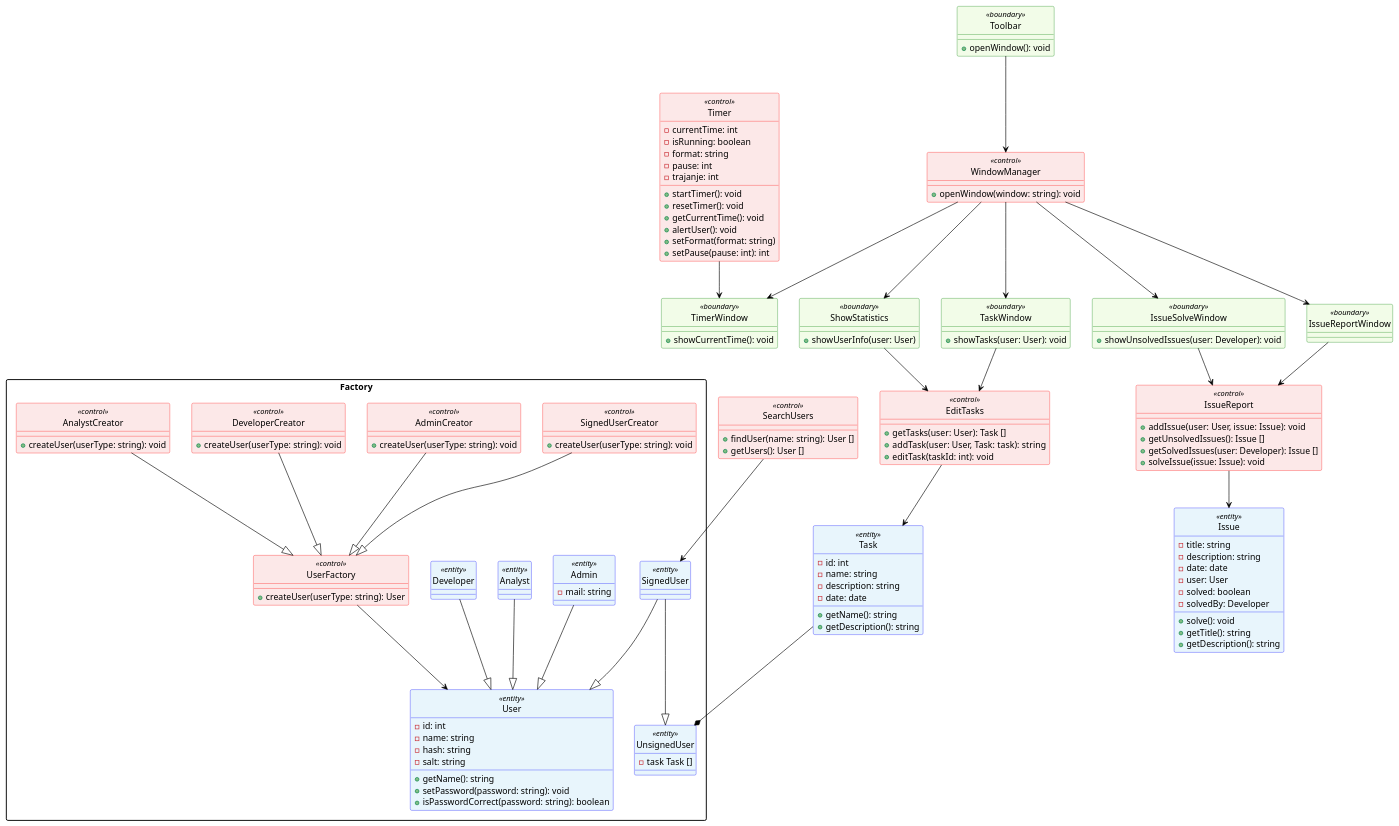
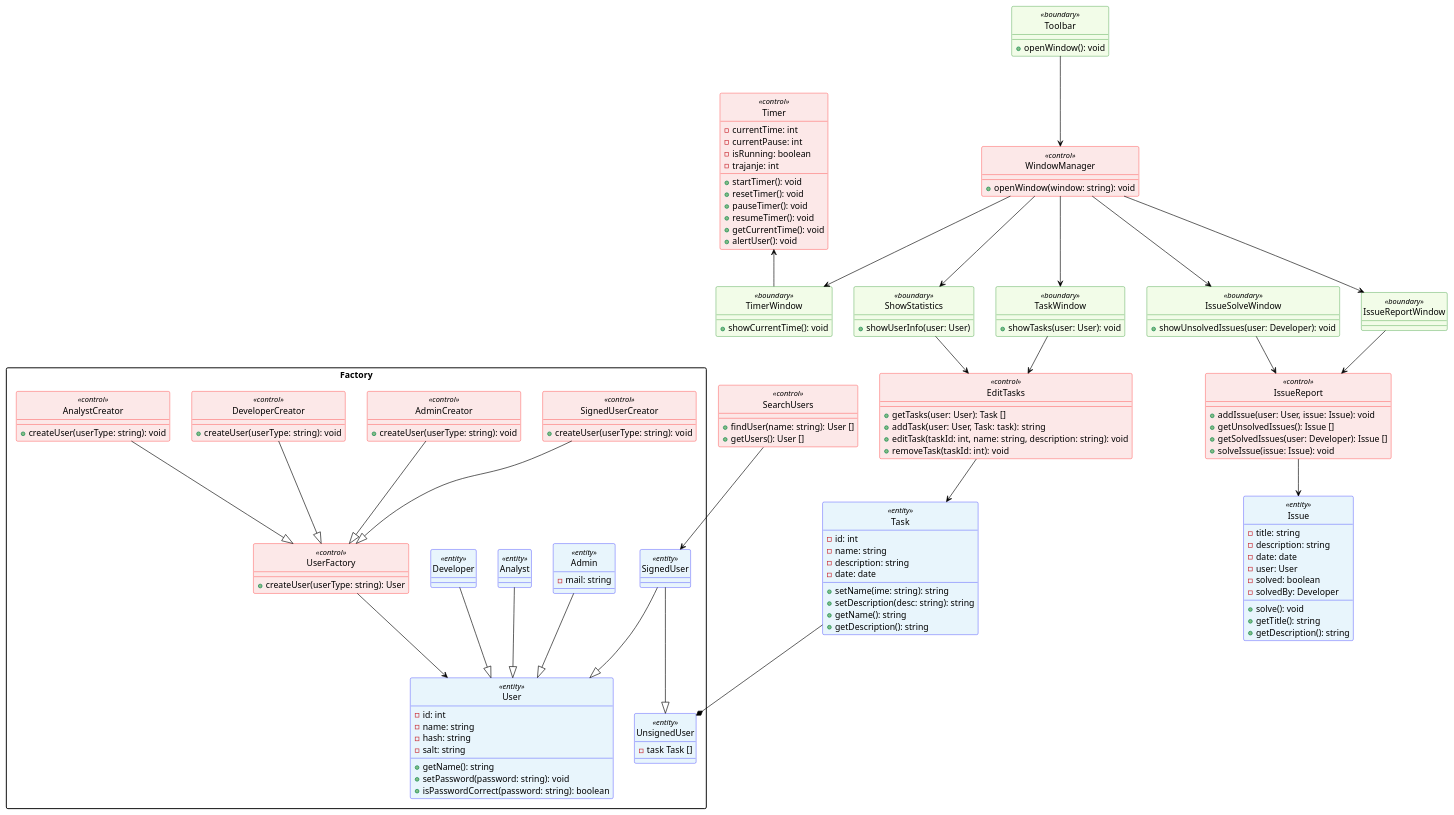
Before and after one commit to juremrzek/ProductivityApp: the diagram in docs/gradivo/plantuml/razredni_diagram.plantuml, drawn with PlantUML. The commit also changed other lines of this file, not shown here.

Commit message:
Changed Timer and Task

```diff
--- a/docs/gradivo/plantuml/razredni_diagram.plantuml
+++ b/docs/gradivo/plantuml/razredni_diagram.plantuml
@@ -1,167 +1,178 @@
 @startuml Aplikacija produktivnosti in organizacije 
 skinparam class {
   backgroundColor white
   borderColor #5FB8EC
   arrowColor black
 }
 skinparam class<<entity>> {
   backgroundColor #e8f5fc
   borderColor Blue
 }
 skinparam class<<control>> {
   backgroundColor #fce8e8
   borderColor Red
 }
 skinparam class<<boundary>> {
   backgroundColor #f2fce8
   borderColor Green
 }
 
 'skinparam shadowing false
 skinparam defaultTextAlignment center
 skinparam packageStyle rectangle
 skinparam groupInheritance 2
 hide circle
 'hide members
 
 '---------Razredi---------------------------
 package Factory{
   Class User<<entity>> {
     -id: int
     -name: string
     -hash: string
     -salt: string 
     +getName(): string
     +setPassword(password: string): void
     +isPasswordCorrect(password: string): boolean
   }
   Class UserFactory<<control>>{
     +createUser(userType: string): User
   }
   Class SignedUser<<entity>>{
 
   }
   Class Admin<<entity>>{
     -mail: string
   }
   Class Analyst<<entity>>{
 
   }
   Class Developer<<entity>>{
 
   }
   Class UnsignedUser<<entity>> {
     -task Task []
   }
   Class SignedUserCreator<<control>>{
     +createUser(userType: string): void
   }
   Class AdminCreator<<control>>{
     +createUser(userType: string): void
   }
   Class DeveloperCreator<<control>>{
     +createUser(userType: string): void
   }
   Class AnalystCreator<<control>>{
     +createUser(userType: string): void
   }
 }
 
 Class ShowStatistics<<boundary>>{
   +showUserInfo(user: User)
 }
+  'proxy class? observer?
+  '(timer alerta timedtask)
+  'Class TimedTask<<entity>>{
+  '  -id: int
+  '  -name: string
+  '  +getName(): void
+  '}
 Class Task<<entity>>{
   -id: int
   -name: string
   -description: string
   -date: date
+  +setName(ime: string): string
+  +setDescription(desc: string): string
   +getName(): string
   +getDescription(): string
+
 }
 class EditTasks<<control>>{
   +getTasks(user: User): Task []
   +addTask(user: User, Task: task): string
-  +editTask(taskId: int): void
+  +editTask(taskId: int, name: string, description: string): void
+  +removeTask(taskId: int): void
 }
 class TaskWindow<<boundary>>{
   +showTasks(user: User): void
 }
 class WindowManager<<control>>{
   +openWindow(window: string): void
 }
 class Toolbar<<boundary>>{
   +openWindow(): void
 }
 Class Issue<<entity>>{
   -title: string
   -description: string
   -date: date
   -user: User
   -solved: boolean
   -solvedBy: Developer
   +solve(): void
   +getTitle(): string
   +getDescription(): string
 }
 Class IssueReport<<control>>{
   +addIssue(user: User, issue: Issue): void
   +getUnsolvedIssues(): Issue []
   +getSolvedIssues(user: Developer): Issue []
   +solveIssue(issue: Issue): void
 }
 Class IssueSolveWindow<<boundary>>{
   +showUnsolvedIssues(user: Developer): void
 }
 Class IssueReportWindow<<boundary>>
 
 Class SearchUsers<<control>>{
   +findUser(name: string): User []
   +getUsers(): User []
 }
 
 ' obvestiUsera - ko čas poteče, naredi popup al whatever. (better name pls)
 ' also a rabmo dodatne atribute/funkcije za pavzo?
 Class Timer<<control>>{
   -currentTime: int
+  -currentPause: int
   -isRunning: boolean
-  -format: string
-  -pause: int
   -trajanje: int
   +startTimer(): void
   +resetTimer(): void
+  +pauseTimer(): void
+  +resumeTimer(): void
   +getCurrentTime(): void
   +alertUser(): void
-  +setFormat(format: string)
-  +setPause(pause: int): int
 }
 Class TimerWindow<<boundary>>{
   +showCurrentTime(): void
 }
 
 '------Povezave-----------------------
 Task --* UnsignedUser
+'TimedTask --> Task
 EditTasks --> Task
 TaskWindow --> EditTasks
 IssueReport --> Issue
 IssueReportWindow --> IssueReport
 IssueSolveWindow --> IssueReport
 SearchUsers --> SignedUser
-Timer --> TimerWindow
+TimerWindow -up-> Timer
 SignedUser --|> User
 SignedUser --|> UnsignedUser
 Analyst --|> User
 Admin --|> User
 Developer --|> User
 ShowStatistics --> EditTasks
 UserFactory --> User
 SignedUserCreator --|> UserFactory
 DeveloperCreator --|> UserFactory
 AnalystCreator --|> UserFactory
 AdminCreator --|> UserFactory
 WindowManager --> IssueReportWindow
 WindowManager --> TimerWindow
 WindowManager --> ShowStatistics
 WindowManager --> TaskWindow
 WindowManager --> IssueSolveWindow
 Toolbar --> WindowManager
 @enduml
```
